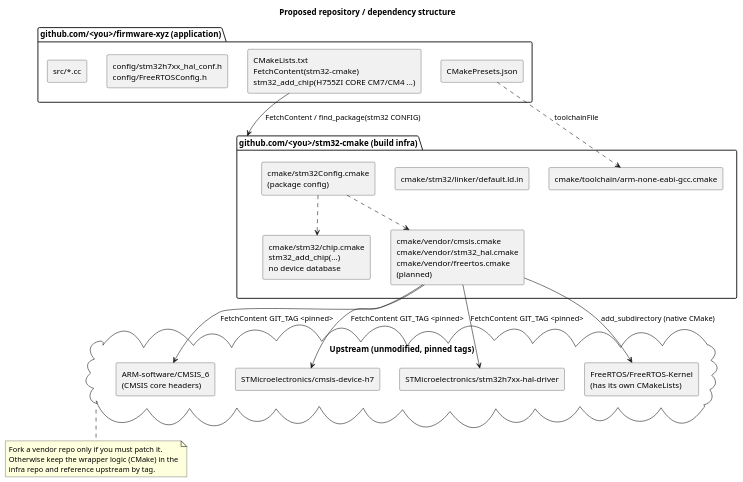
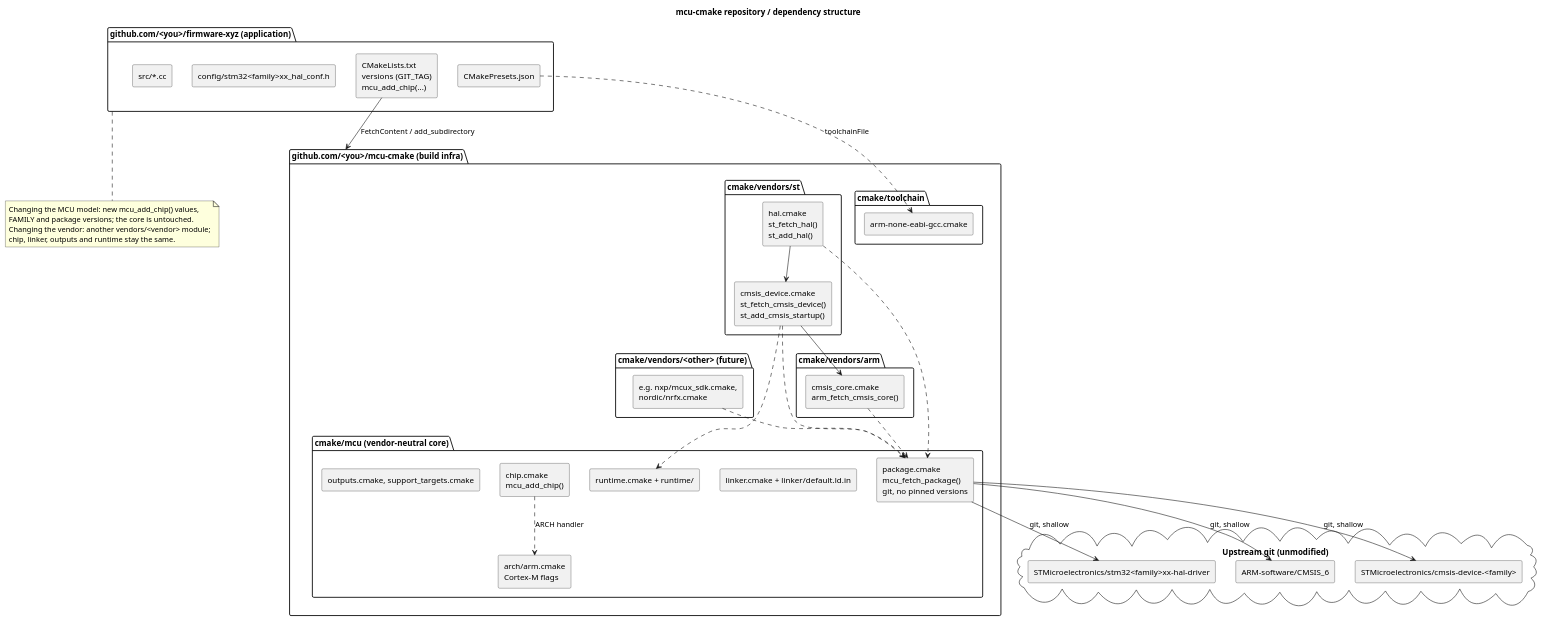
Before and after one commit to ertekinsener/mcu-cmake: the diagram in docs/repo-structure.puml, drawn with PlantUML. The commit also changed 25 other files, not shown here.

First line of the commit message:
Restructure into vendor-neutral mcu-cmake with git-fetched vendor modules

```diff
--- a/docs/repo-structure.puml
+++ b/docs/repo-structure.puml
@@ -1,47 +1,69 @@
 @startuml repo-structure
-' Proposed repository layout: one build-infra repo, vendor code pulled
-' from upstream by pinned tag via FetchContent (no forks unless patched).
+' Repository layout of mcu-cmake: a vendor-neutral core, one file per vendor
+' package, and vendor code fetched from upstream git at versions chosen by
+' the application.
 
-title Proposed repository / dependency structure
+title mcu-cmake repository / dependency structure
 
 skinparam componentStyle rectangle
 skinparam packageStyle folder
 
-cloud "Upstream (unmodified, pinned tags)" as UP {
-  [ARM-software/CMSIS_6\n(CMSIS core headers)] as U_CMSIS
-  [STMicroelectronics/cmsis-device-h7] as U_DEV
-  [STMicroelectronics/stm32h7xx-hal-driver] as U_HAL
-  [FreeRTOS/FreeRTOS-Kernel\n(has its own CMakeLists)] as U_RTOS
+package "github.com/<you>/mcu-cmake (build infra)" as INFRA {
+  package "cmake/toolchain" {
+    [arm-none-eabi-gcc.cmake] as I_TC
+  }
+  package "cmake/mcu (vendor-neutral core)" {
+    [chip.cmake\nmcu_add_chip()] as I_CHIP
+    [arch/arm.cmake\nCortex-M flags] as I_ARCH
+    [linker.cmake + linker/default.ld.in] as I_LD
+    [package.cmake\nmcu_fetch_package()\ngit, no pinned versions] as I_PKG
+    [runtime.cmake + runtime/] as I_RT
+    [outputs.cmake, support_targets.cmake] as I_MISC
+  }
+  package "cmake/vendors/arm" {
+    [cmsis_core.cmake\narm_fetch_cmsis_core()] as V_CORE
+  }
+  package "cmake/vendors/st" {
+    [cmsis_device.cmake\nst_fetch_cmsis_device()\nst_add_cmsis_startup()] as V_DEV
+    [hal.cmake\nst_fetch_hal()\nst_add_hal()] as V_HAL
+  }
+  package "cmake/vendors/<other> (future)" {
+    [e.g. nxp/mcux_sdk.cmake,\nnordic/nrfx.cmake] as V_OTHER
+  }
 }
 
-package "github.com/<you>/stm32-cmake (build infra)" as INFRA {
-  [cmake/toolchain/arm-none-eabi-gcc.cmake] as I_TC
-  [cmake/stm32/chip.cmake\nstm32_add_chip(...)\nno device database] as I_CHIPS
-  [cmake/stm32/linker/default.ld.in] as I_LD
-  [cmake/vendor/cmsis.cmake\ncmake/vendor/stm32_hal.cmake\ncmake/vendor/freertos.cmake\n(planned)] as I_VENDOR
-  [cmake/stm32Config.cmake\n(package config)] as I_CFG
+cloud "Upstream git (unmodified)" as UP {
+  [ARM-software/CMSIS_6] as U_CORE
+  [STMicroelectronics/cmsis-device-<family>] as U_DEV
+  [STMicroelectronics/stm32<family>xx-hal-driver] as U_HAL
 }
 
 package "github.com/<you>/firmware-xyz (application)" as APP {
-  [CMakeLists.txt\nFetchContent(stm32-cmake)\nstm32_add_chip(H755ZI CORE CM7/CM4 ...)] as A_CML
+  [CMakeLists.txt\nversions (GIT_TAG)\nmcu_add_chip(...)] as A_CML
   [CMakePresets.json] as A_PRESETS
-  [config/stm32h7xx_hal_conf.h\nconfig/FreeRTOSConfig.h] as A_CONF
+  [config/stm32<family>xx_hal_conf.h] as A_CONF
   [src/*.cc] as A_SRC
 }
 
-A_CML --> INFRA : FetchContent / find_package(stm32 CONFIG)
+A_CML --> INFRA : FetchContent / add_subdirectory
 A_PRESETS ..> I_TC : toolchainFile
-I_VENDOR --> U_CMSIS : FetchContent GIT_TAG <pinned>
-I_VENDOR --> U_DEV : FetchContent GIT_TAG <pinned>
-I_VENDOR --> U_HAL : FetchContent GIT_TAG <pinned>
-I_VENDOR --> U_RTOS : add_subdirectory (native CMake)
-I_CFG ..> I_CHIPS
-I_CFG ..> I_VENDOR
+I_CHIP ..> I_ARCH : ARCH handler
+V_CORE ..> I_PKG
+V_DEV ..> I_PKG
+V_HAL ..> I_PKG
+V_DEV ..> I_RT
+V_DEV --> V_CORE
+V_HAL --> V_DEV
+I_PKG --> U_CORE : git, shallow
+I_PKG --> U_DEV : git, shallow
+I_PKG --> U_HAL : git, shallow
+V_OTHER ..> I_PKG
 
-note bottom of UP
-  Fork a vendor repo only if you must patch it.
-  Otherwise keep the wrapper logic (CMake) in the
-  infra repo and reference upstream by tag.
+note bottom of APP
+  Changing the MCU model: new mcu_add_chip() values,
+  FAMILY and package versions; the core is untouched.
+  Changing the vendor: another vendors/<vendor> module;
+  chip, linker, outputs and runtime stay the same.
 end note
 
 @enduml
```
